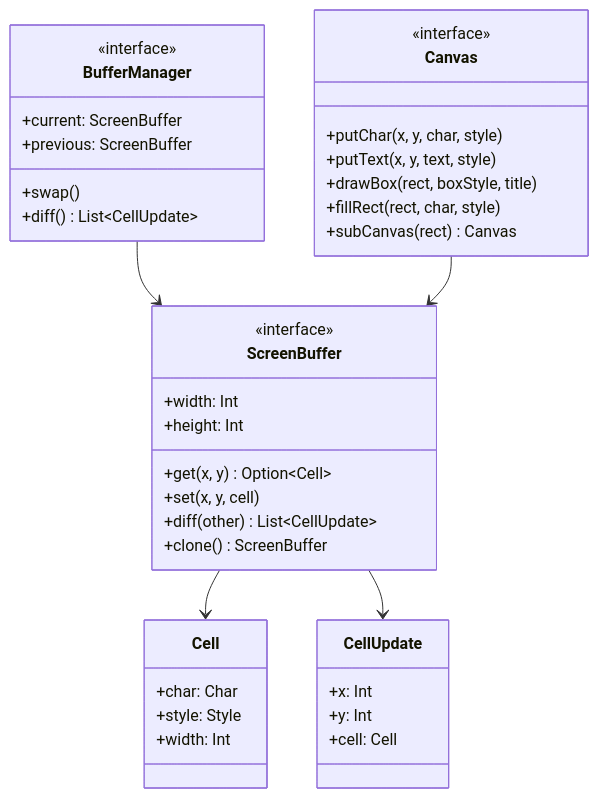
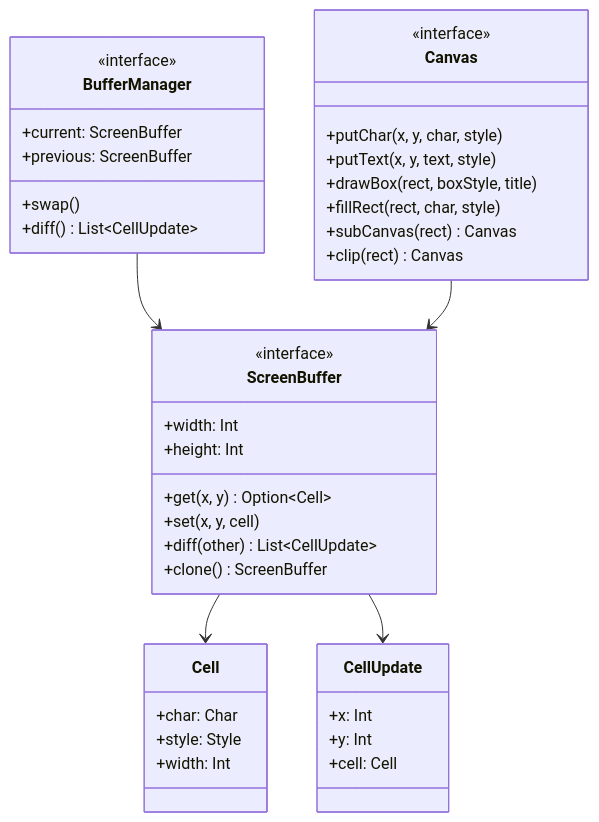
Before and after one commit to WickedSik/ws-console: the fourth of 27 diagrams in docs/reference/terminal-architecture.md, drawn with Mermaid. The commit also changed other lines of this file and 35 other files, not shown here.

````diff
--- a/docs/reference/terminal-architecture.md
+++ b/docs/reference/terminal-architecture.md
@@ -298,46 +298,47 @@
 ```mermaid
 classDiagram
     class Cell {
         +char: Char
         +style: Style
         +width: Int
     }
 
     class ScreenBuffer {
         <<interface>>
         +width: Int
         +height: Int
         +get(x, y) Option~Cell~
         +set(x, y, cell)
         +diff(other) List~CellUpdate~
         +clone() ScreenBuffer
     }
 
     class BufferManager {
         <<interface>>
         +current: ScreenBuffer
         +previous: ScreenBuffer
         +swap()
         +diff() List~CellUpdate~
     }
 
     class Canvas {
         <<interface>>
         +putChar(x, y, char, style)
         +putText(x, y, text, style)
         +drawBox(rect, boxStyle, title)
         +fillRect(rect, char, style)
         +subCanvas(rect) Canvas
+        +clip(rect) Canvas
     }
 
     class CellUpdate {
         +x: Int
         +y: Int
         +cell: Cell
     }
 
     ScreenBuffer --> Cell
     BufferManager --> ScreenBuffer
     Canvas --> ScreenBuffer
     ScreenBuffer --> CellUpdate
 ```
````
